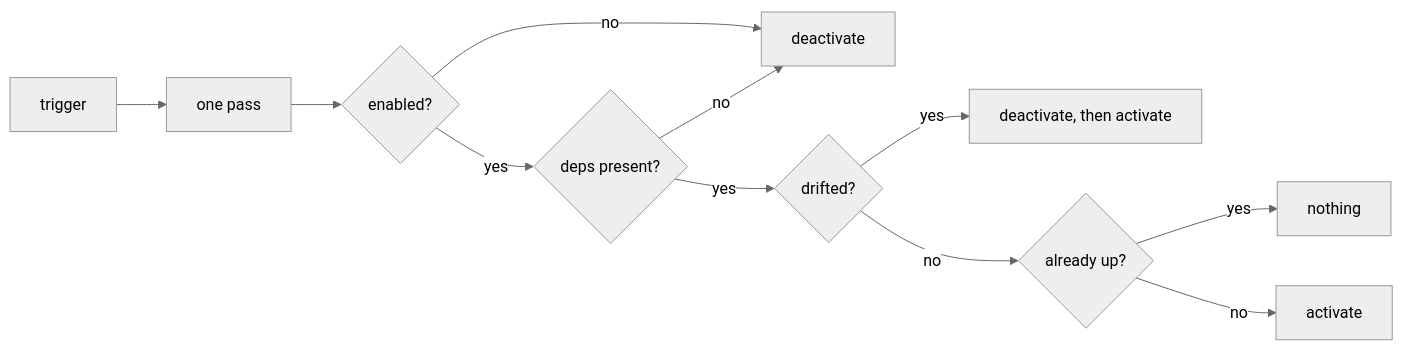
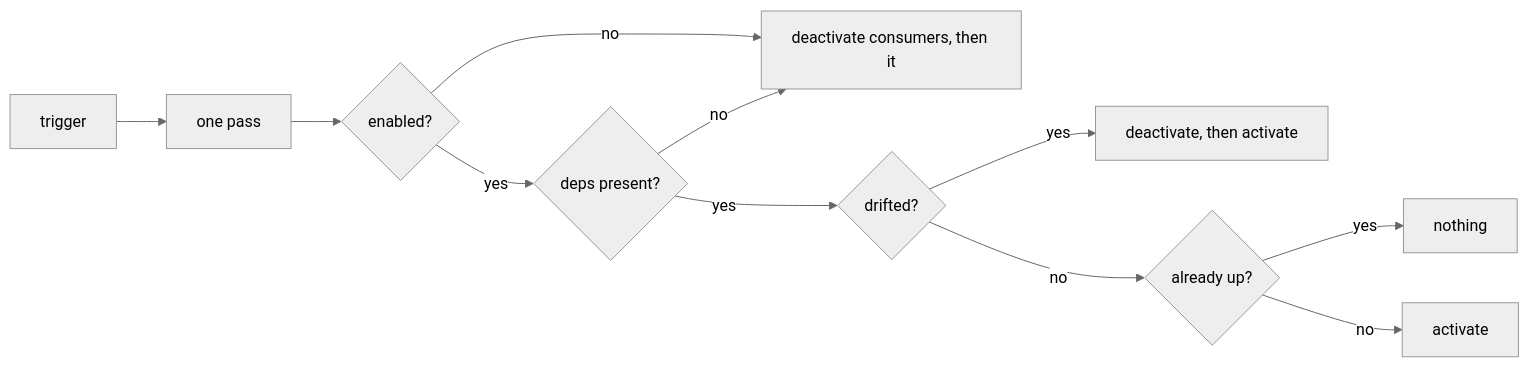
Before and after one commit to Aureliolo/synthorg: the diagram in docs/design/subsystem-reconciliation.md, drawn with Mermaid (neutral theme). The commit also changed other lines of this file and 19 other files, not shown here.

````diff
--- a/docs/design/subsystem-reconciliation.md
+++ b/docs/design/subsystem-reconciliation.md
@@ -46,13 +46,13 @@
 ```mermaid
 flowchart LR
     T[trigger] --> P[one pass]
     P --> E{enabled?}
-    E -- no --> D[deactivate]
+    E -- no --> D[deactivate consumers, then it]
     E -- yes --> M{deps present?}
     M -- no --> D
     M -- yes --> C{drifted?}
     C -- yes --> R[deactivate, then activate]
     C -- no --> A{already up?}
     A -- yes --> N[nothing]
     A -- no --> ACT[activate]
 ```
````
